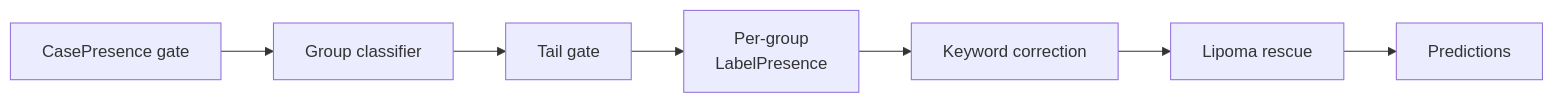
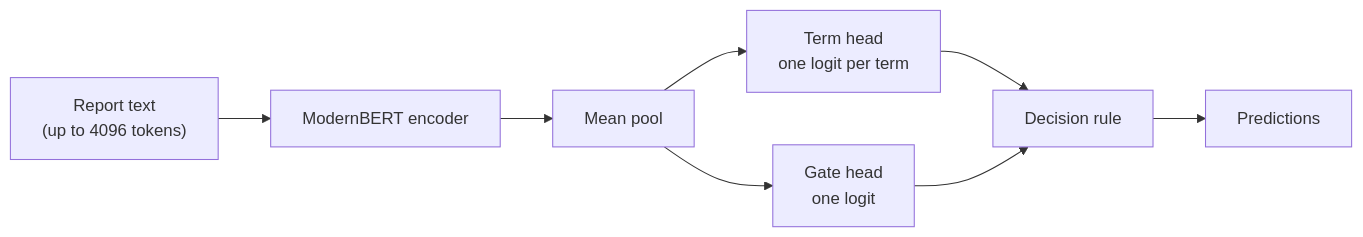
The first of 2 diagrams in ml/documentation/concepts/report-mapping.md (YugrajD/UC-Davis-VMTH-Cancer-Registry), drawn with Mermaid before and after one commit. The commit also changed other lines of this file and 32 other files, not shown here.

````diff
--- a/ml/documentation/concepts/report-mapping.md
+++ b/ml/documentation/concepts/report-mapping.md
@@ -74,9 +46,10 @@
 ```mermaid
 flowchart LR
-    gate["CasePresence gate"] --> grp["Group classifier"]
-    grp --> tail["Tail gate"]
-    tail --> lp["Per-group<br>LabelPresence"]
-    lp --> kw["Keyword correction"]
-    kw --> lip["Lipoma rescue"]
-    lip --> out["Predictions"]
+    txt["Report text<br>(up to 4096 tokens)"] --> enc["ModernBERT encoder"]
+    enc --> pool["Mean pool"]
+    pool --> th["Term head<br>one logit per term"]
+    pool --> gh["Gate head<br>one logit"]
+    th --> dec["Decision rule"]
+    gh --> dec
+    dec --> out["Predictions"]
 ```
````
